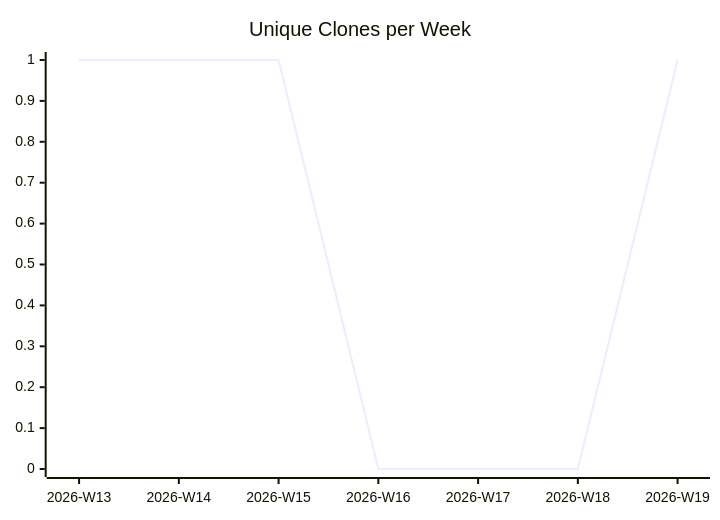
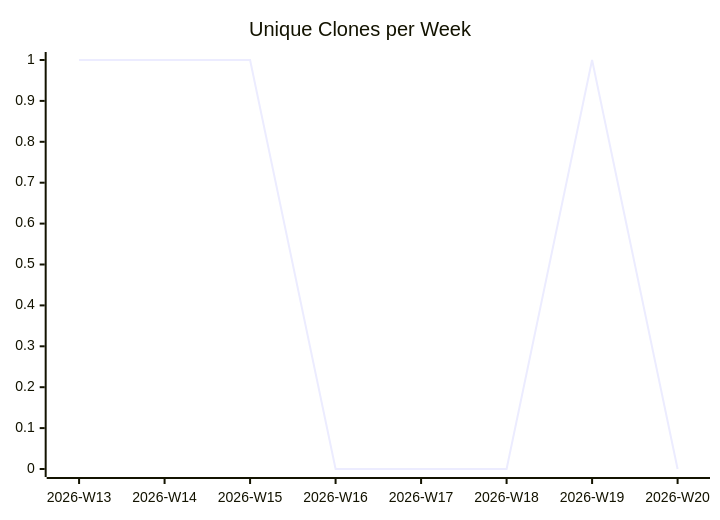
The third of 3 diagrams in karlmdavis/ansible-roles/README.md (justdavis-family/github-analytics-data), drawn with Mermaid before and after one commit. The commit also changed other lines of this file and 176 other files, not shown here.

````diff
--- a/karlmdavis/ansible-roles/README.md
+++ b/karlmdavis/ansible-roles/README.md
@@ -19,6 +19,6 @@
 ```mermaid
 xychart-beta
   title "Unique Clones per Week"
-  x-axis ["2026-W13", "2026-W14", "2026-W15", "2026-W16", "2026-W17", "2026-W18", "2026-W19"]
-  line [1, 1, 1, 0, 0, 0, 1]
+  x-axis ["2026-W13", "2026-W14", "2026-W15", "2026-W16", "2026-W17", "2026-W18", "2026-W19", "2026-W20"]
+  line [1, 1, 1, 0, 0, 0, 1, 0]
 ```
````
